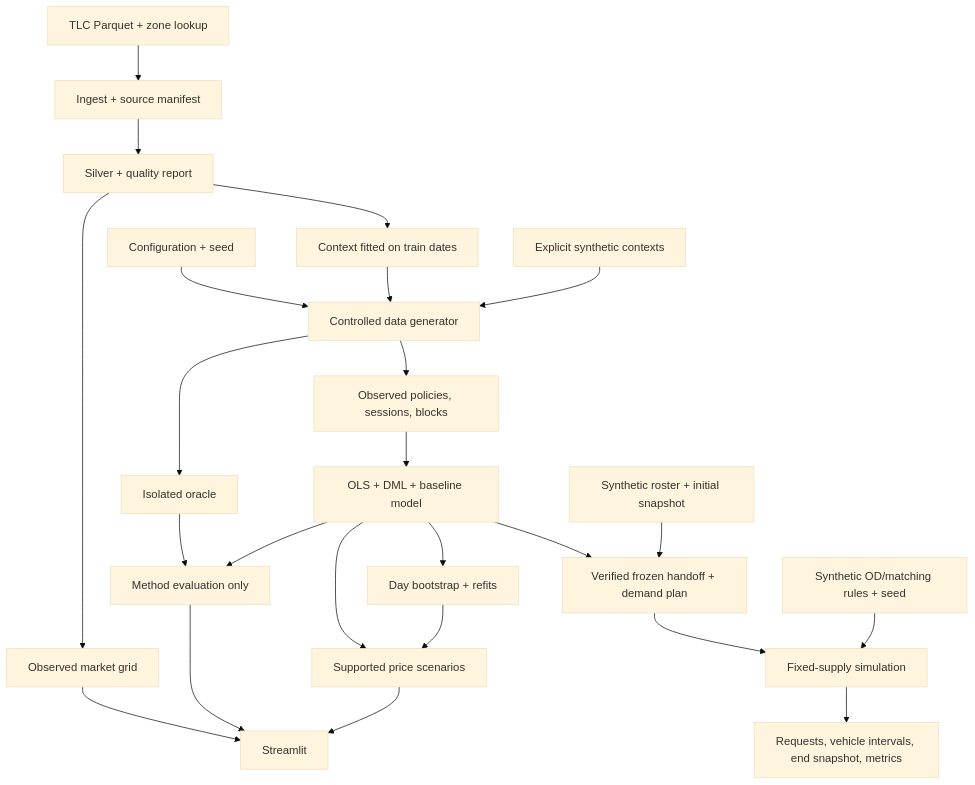
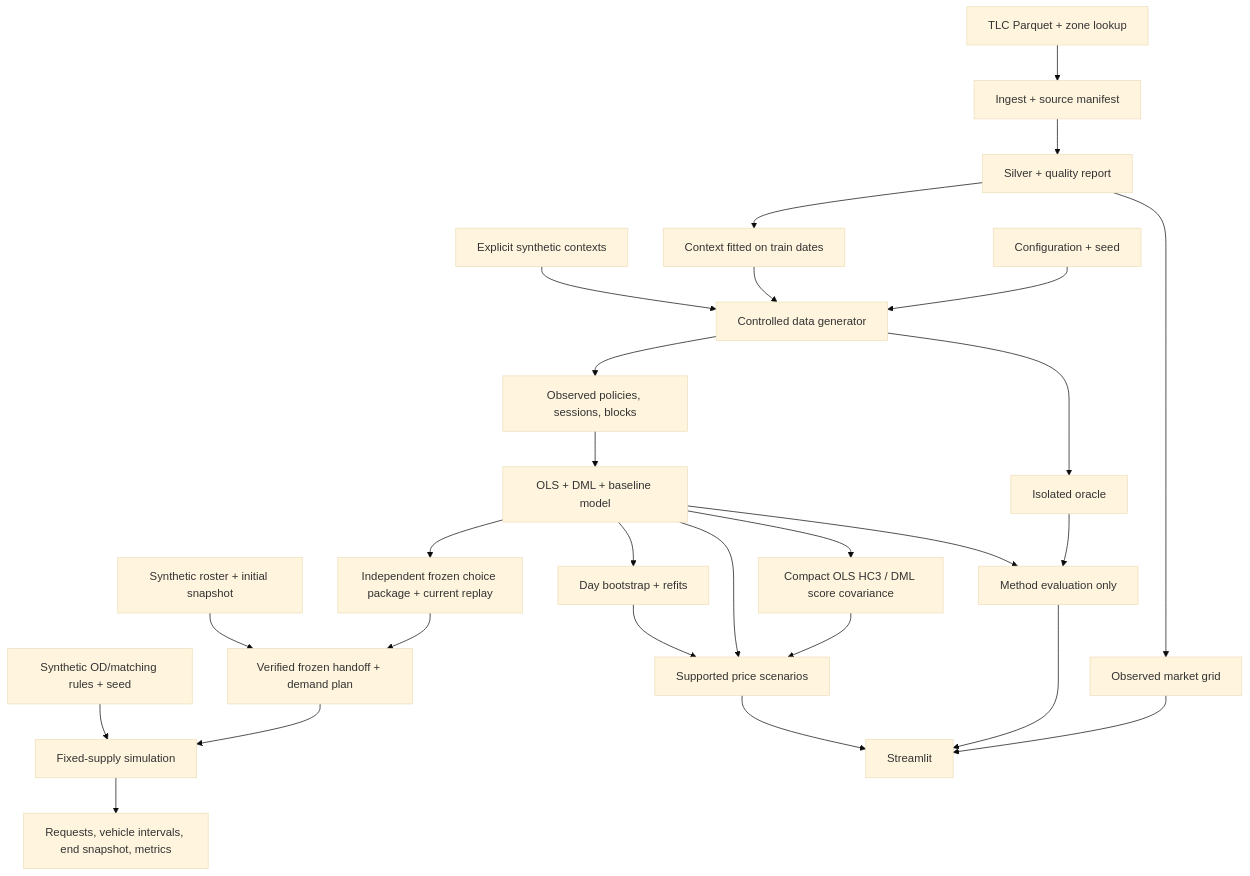
The first of 2 diagrams in docs/ARCHITECTURE.md (Muscar1a/gsm-ride-hailing), drawn with Mermaid (base theme) before and after one commit. The commit also changed other lines of this file and 845 other files, not shown here.

````diff
--- a/docs/ARCHITECTURE.md
+++ b/docs/ARCHITECTURE.md
@@ -30,26 +30,29 @@
 ```mermaid
 flowchart TD
   TLC[TLC Parquet + zone lookup] --> Ingest[Ingest + source manifest]
   Ingest --> Silver[Silver + quality report]
   Silver --> Mart[Observed market grid]
   Silver --> Context[Context fitted on train dates]
   Config[Configuration + seed] --> Generate[Controlled data generator]
   Context --> Generate
   Offline[Explicit synthetic contexts] --> Generate
   Generate --> Observed[Observed policies, sessions, blocks]
   Generate --> Oracle[Isolated oracle]
   Observed --> Fit[OLS + DML + baseline model]
   Fit --> Bootstrap[Day bootstrap + refits]
+  Fit --> Covariance[Compact OLS HC3 / DML score covariance]
+  Covariance --> Scenario
   Fit --> Scenario[Supported price scenarios]
-  Fit --> Demand[Verified frozen handoff + demand plan]
+  Fit --> Handoff[Independent frozen choice package + current replay]
+  Handoff --> Demand[Verified frozen handoff + demand plan]
   Snapshot[Synthetic roster + initial snapshot] --> Demand
   Demand --> Simulate[Fixed-supply simulation]
   Rules[Synthetic OD/matching rules + seed] --> Simulate
   Simulate --> Trajectories[Requests, vehicle intervals, end snapshot, metrics]
   Bootstrap --> Scenario
   Oracle --> Evaluate[Method evaluation only]
   Fit --> Evaluate
   Mart --> UI[Streamlit]
   Evaluate --> UI
   Scenario --> UI
 ```
````
